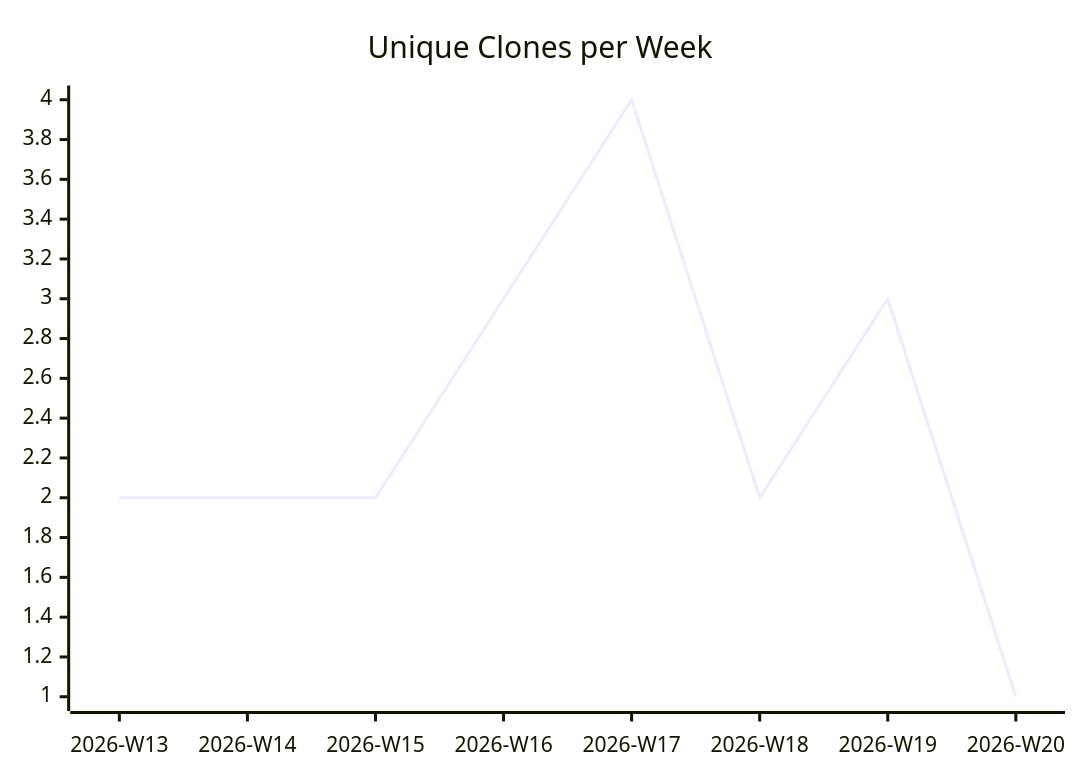
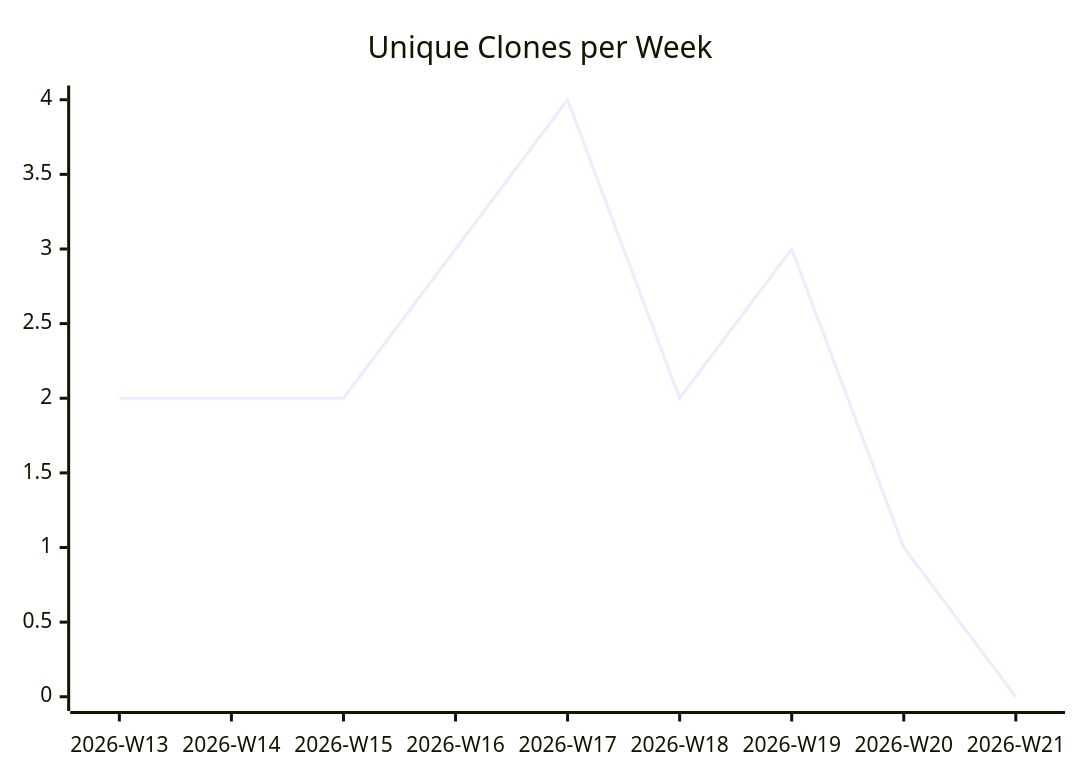
Before and after one commit to justdavis-family/github-analytics-data: the third of 3 diagrams in karlmdavis/bbonfhir-dev-infra-docker/README.md, drawn with Mermaid. The commit also changed other lines of this file and 189 other files, not shown here.

````diff
--- a/karlmdavis/bbonfhir-dev-infra-docker/README.md
+++ b/karlmdavis/bbonfhir-dev-infra-docker/README.md
@@ -19,6 +19,6 @@
 ```mermaid
 xychart-beta
   title "Unique Clones per Week"
-  x-axis ["2026-W13", "2026-W14", "2026-W15", "2026-W16", "2026-W17", "2026-W18", "2026-W19", "2026-W20"]
-  line [2, 2, 2, 3, 4, 2, 3, 1]
+  x-axis ["2026-W13", "2026-W14", "2026-W15", "2026-W16", "2026-W17", "2026-W18", "2026-W19", "2026-W20", "2026-W21"]
+  line [2, 2, 2, 3, 4, 2, 3, 1, 0]
 ```
````
